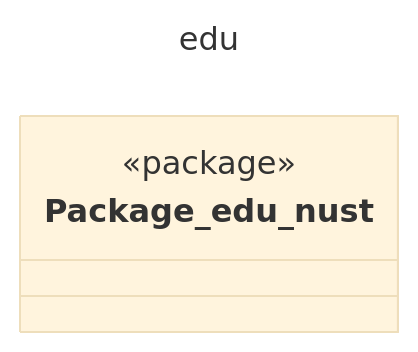
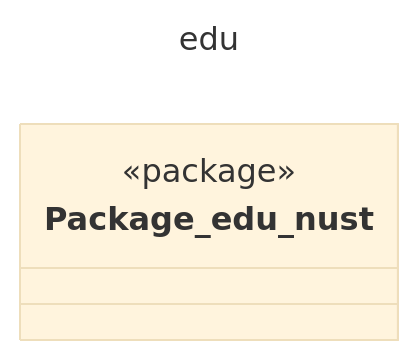
Before and after one commit to zombie-zero-nust/zombie-zero: the diagram in uml/generated/mmd/package_edu.mmd, drawn with Mermaid (base theme). The commit also changed 96 other files, not shown here.

Commit message:
UML with `elk` layout

```diff
--- a/uml/generated/mmd/package_edu.mmd
+++ b/uml/generated/mmd/package_edu.mmd
@@ -1,12 +1,12 @@
 ---
 title: edu
 config:
   look: classic
-  layout: dagre
+  layout: elk
   flowchart:
     curve: linear
   class:
     defaultRenderer: dagre-wrapper
 ---
 classDiagram
 class Package_edu_nust <<package>>
```
